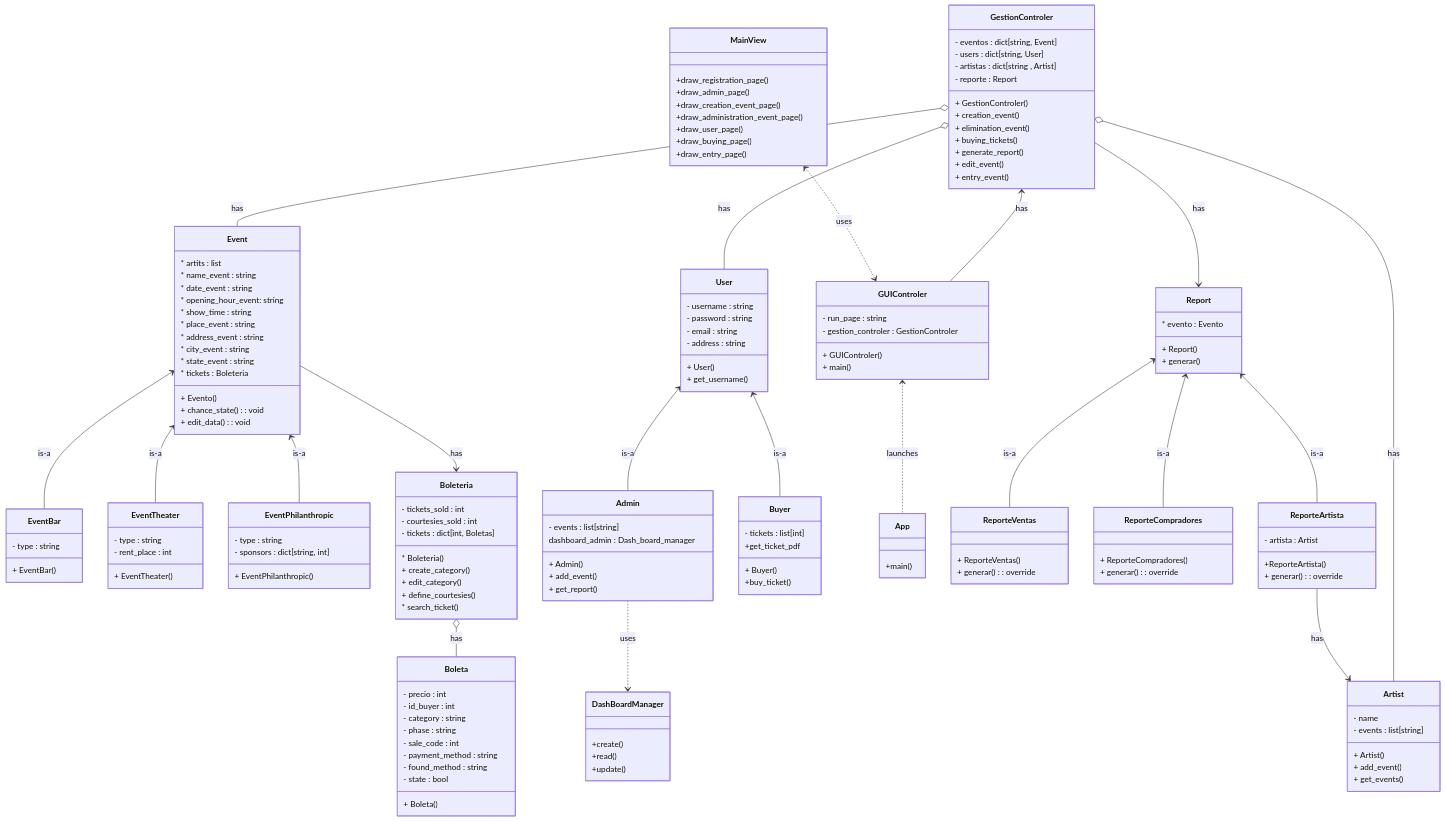
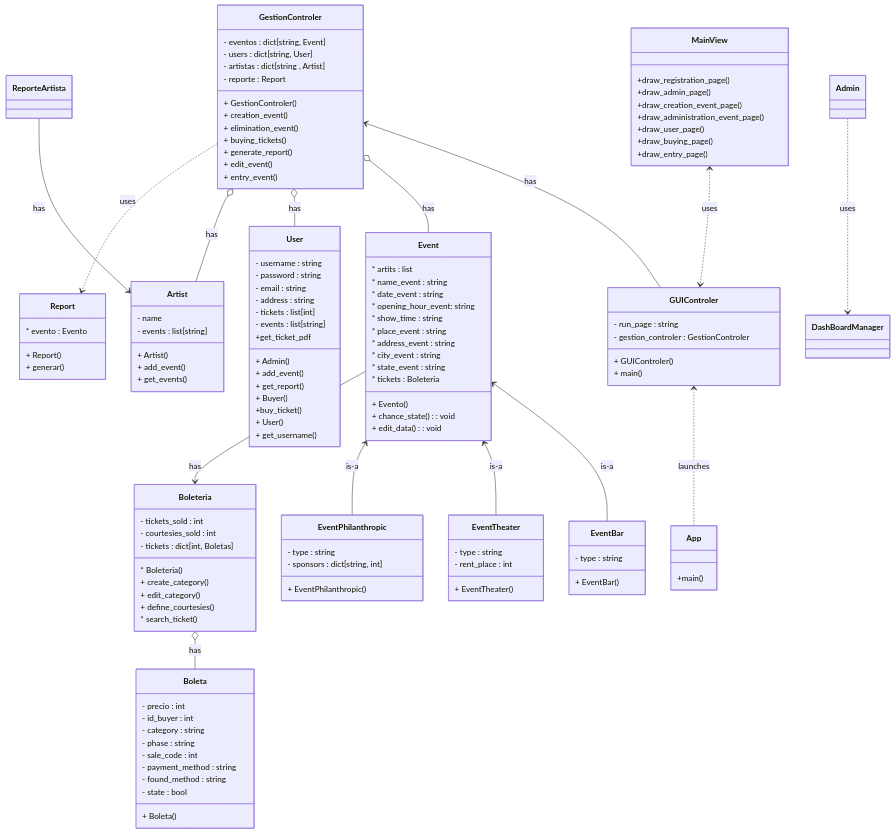
Before and after one commit to 300CIS017-Object-Oriented-Programming/0-2-proyecto-segunda-parte-juliana-sanchez-e-isabella-pacheco: the diagram in README.md, drawn with Mermaid.

Commit message:
actualizacion diagrama (se me habia olvidado cambiarlo)

```diff
--- a/README.md
+++ b/README.md
@@ -61,12 +61,7 @@
         + Boleta()
     }
 
-    class DashBoardManager {
-        +create()
-        +read()
-        +update()
-    }
-    
+
     class Artist {
         - name
         - events : list[string]
@@ -74,28 +69,25 @@
         + add_event()
         + get_events()
     }
+    
     class User {
         - username : string
         - password : string
         - email : string
         - address : string
+        - tickets : list[int]
+        - events : list[string]
+        + Admin()
+        + add_event()
+        + get_report()
+        + Buyer()
+        +buy_ticket()
+        +get_ticket_pdf
         + User()
         + get_username()
     }
 
-    class Admin {
-        - events : list[string]
-        dashboard_admin : Dash_board_manager
-        + Admin()
-        + add_event()
-        + get_report()
-    }
-    class Buyer {
-        - tickets : list[int]
-        + Buyer()
-        +buy_ticket()
-        +get_ticket_pdf
-    }
+    
 
     class MainView {
         +draw_registration_page()
@@ -138,22 +130,6 @@
         + generar()
     }
 
-    class ReporteVentas {
-        + ReporteVentas()
-        + generar() : override
-    }
-
-    class ReporteCompradores {
-        + ReporteCompradores()
-        + generar() : override
-    }
-
-    class ReporteArtista {
-        +ReporteArtista()
-        - artista : Artist
-        + generar() : override
-    }
-
     GUIControler <.. App : launches
     Event <-- EventBar : is-a
     Event <-- EventTheater : is-a
@@ -163,15 +139,10 @@
     GestionControler o-- Event : has
     GestionControler o-- User : has
     GestionControler o-- Artist : has
-    GestionControler --> Report : has
-    Report <-- ReporteVentas : is-a
-    Report <-- ReporteCompradores : is-a
-    Report <-- ReporteArtista : is-a
+    GestionControler ..> Report : uses
     Event --> Boleteria : has
     Boleteria o-- Boleta : has
     ReporteArtista --> Artist : has
-    User <-- Admin : is-a
-    User <-- Buyer : is-a
     Admin ..> DashBoardManager : uses
     
      
```
